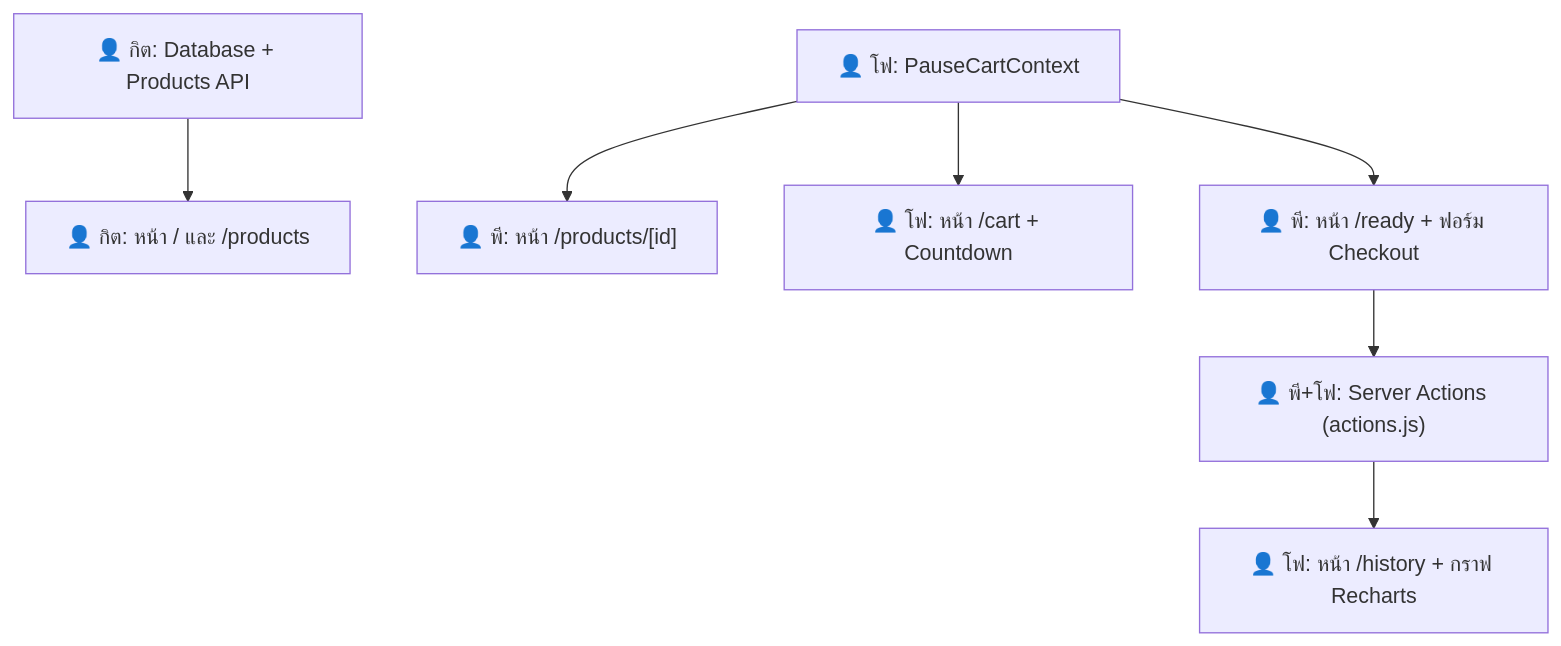
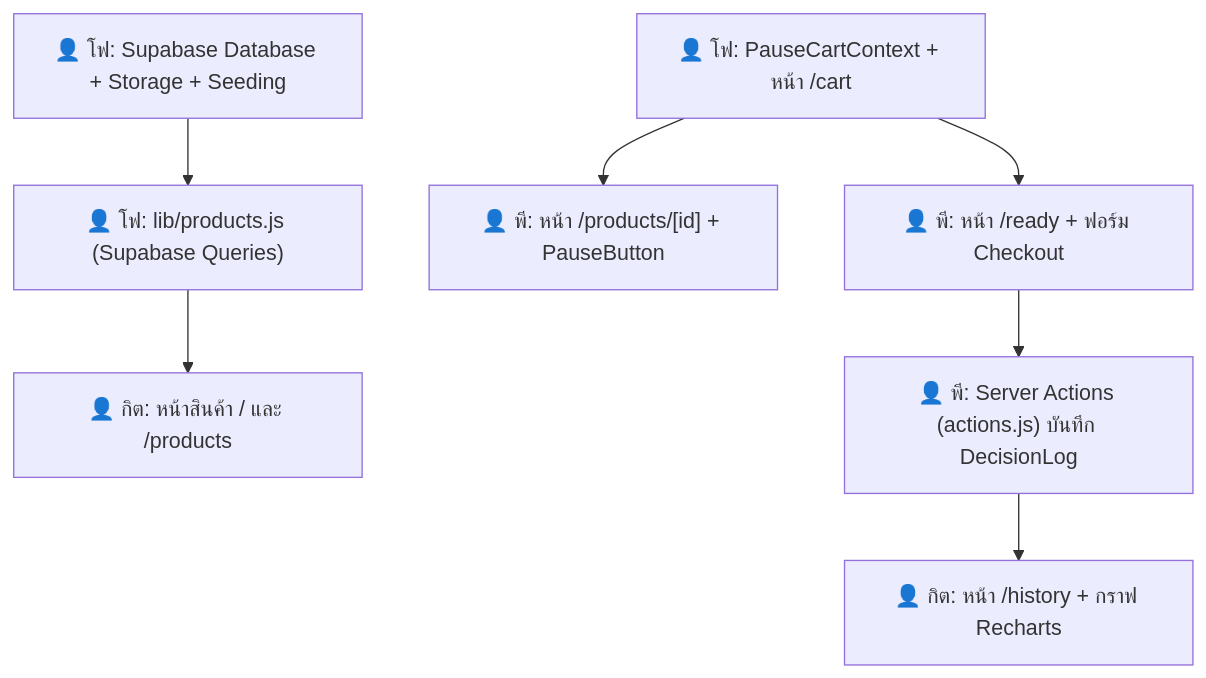
Before and after one commit to flogame55/FinalProjectReact: the diagram in TEAM_GUIDE.md, drawn with Mermaid. The commit also changed other lines of this file and 21 other files, not shown here.

````diff
--- a/TEAM_GUIDE.md
+++ b/TEAM_GUIDE.md
@@ -41,9 +40,9 @@
 ```mermaid
 graph TD
-  K1["👤 กิต: Database + Products API"] --> K2["👤 กิต: หน้า / และ /products"]
-  F1["👤 โฟ: PauseCartContext"] --> P1["👤 พี: หน้า /products/[id]"]
-  F1 --> F2["👤 โฟ: หน้า /cart + Countdown"]
-  F1 --> P2["👤 พี: หน้า /ready + ฟอร์ม Checkout"]
-  P2 --> S["👤 พี+โฟ: Server Actions (actions.js)"]
-  S --> F3["👤 โฟ: หน้า /history + กราฟ Recharts"]
+  F_DB["👤 โฟ: Supabase Database + Storage + Seeding"] --> F_LIB["👤 โฟ: lib/products.js (Supabase Queries)"]
+  F_LIB --> K_PROD["👤 กิต: หน้าสินค้า / และ /products"]
+  F_CTX["👤 โฟ: PauseCartContext + หน้า /cart"] --> P_DET["👤 พี: หน้า /products/[id] + PauseButton"]
+  F_CTX --> P_RDY["👤 พี: หน้า /ready + ฟอร์ม Checkout"]
+  P_RDY --> P_ACT["👤 พี: Server Actions (actions.js) บันทึก DecisionLog"]
+  P_ACT --> K_HIST["👤 กิต: หน้า /history + กราฟ Recharts"]
 ```
````
